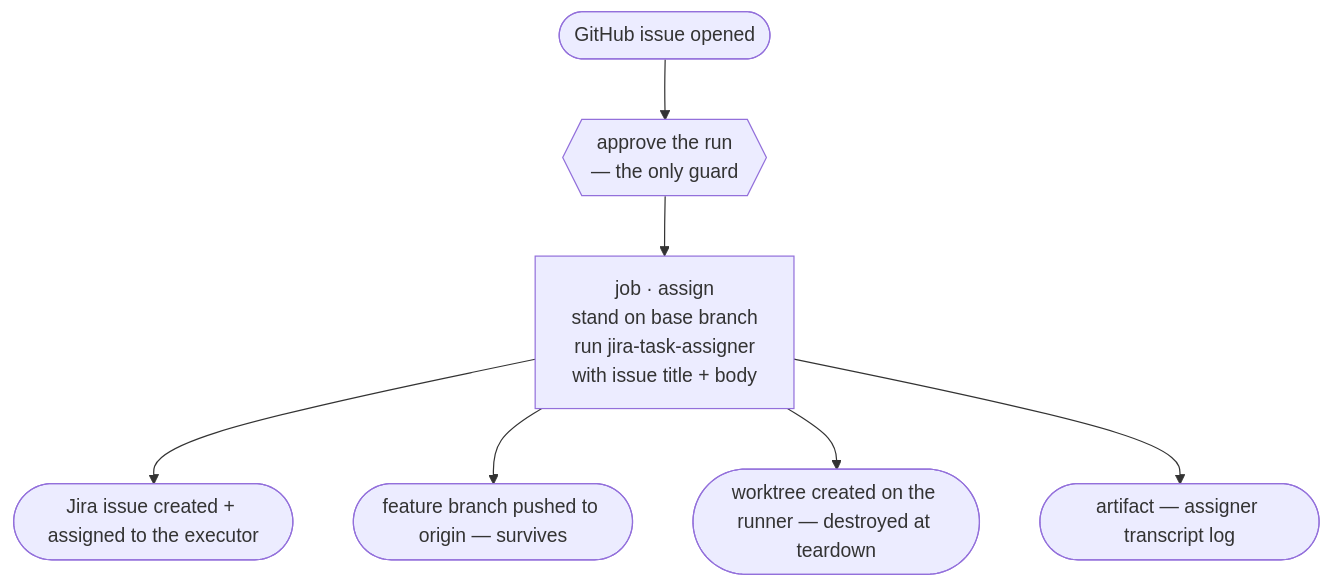
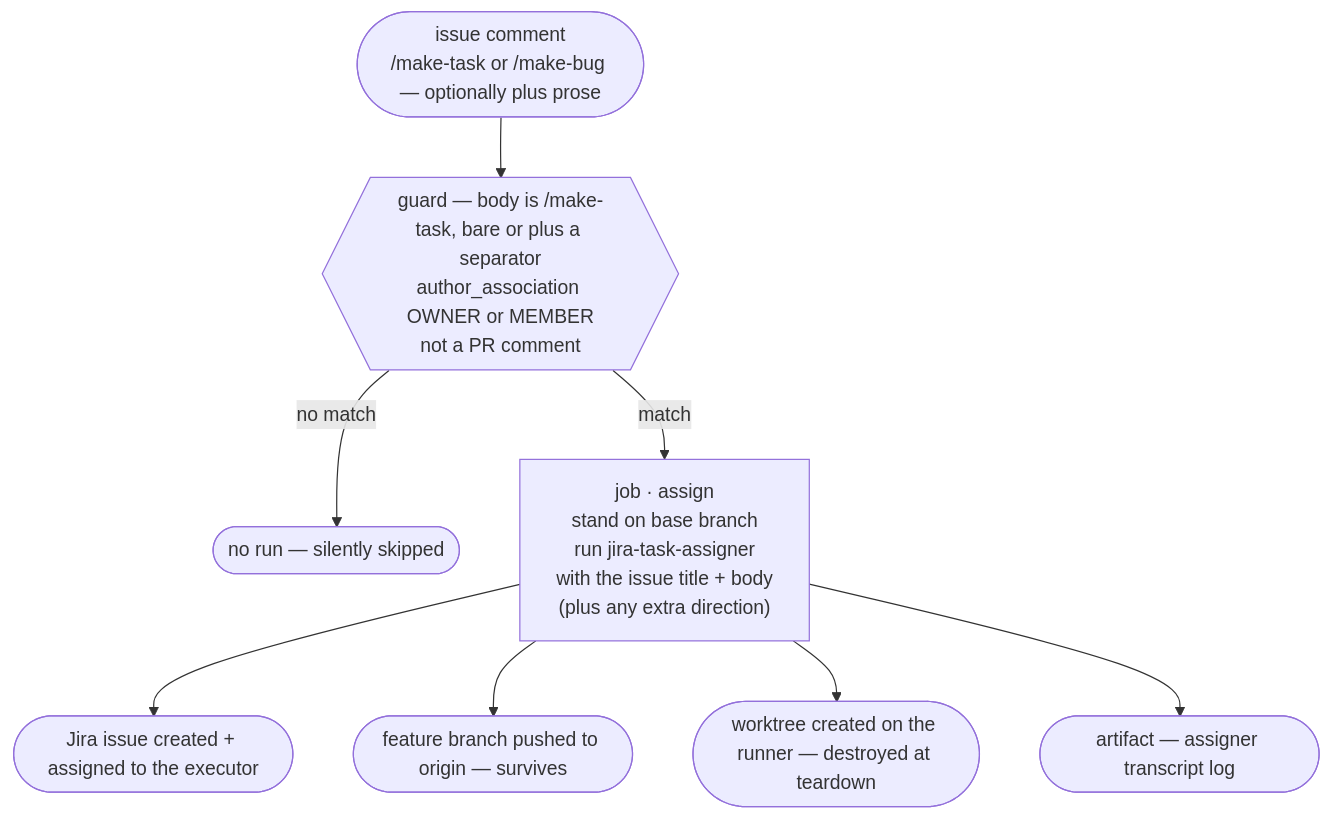
The diagram in plugins/jira-sdlc/docs/applications/ci-issue-to-task-demo.md (kantorv/jira-sdlc-tools), drawn with Mermaid before and after one commit. The commit also changed other lines of this file and 2 other files, not shown here.

First line of the commit message:
JST-225 update docs for the /make-task & /make-bug comment-trigger cutover

````diff
--- a/plugins/jira-sdlc/docs/applications/ci-issue-to-task-demo.md
+++ b/plugins/jira-sdlc/docs/applications/ci-issue-to-task-demo.md
@@ -26,9 +35,10 @@
 ```mermaid
 flowchart TB
-    I([GitHub issue opened]) --> G1{{"approve the run<br>— the only guard"}}
-    G1 --> J["job · assign<br>stand on base branch<br>run jira-task-assigner<br>with issue title + body"]
+    C(["issue comment<br>/make-task or /make-bug — optionally plus prose"]) --> GA{{"guard — body is /make-task, bare or plus a separator<br>author_association OWNER or MEMBER<br>not a PR comment"}}
+    GA -->|no match| X([no run — silently skipped])
+    GA -->|match| J["job · assign<br>stand on base branch<br>run jira-task-assigner<br>with the issue title + body<br>(plus any extra direction)"]
     J --> R1([Jira issue created + assigned to the executor])
     J --> R2([feature branch pushed to origin — survives])
     J --> R3([worktree created on the runner — destroyed at teardown])
     J --> R4([artifact — assigner transcript log])
 ```
````
